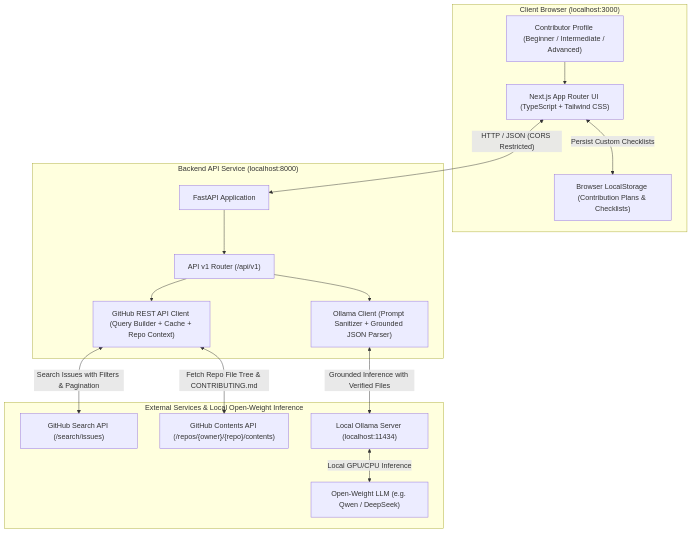
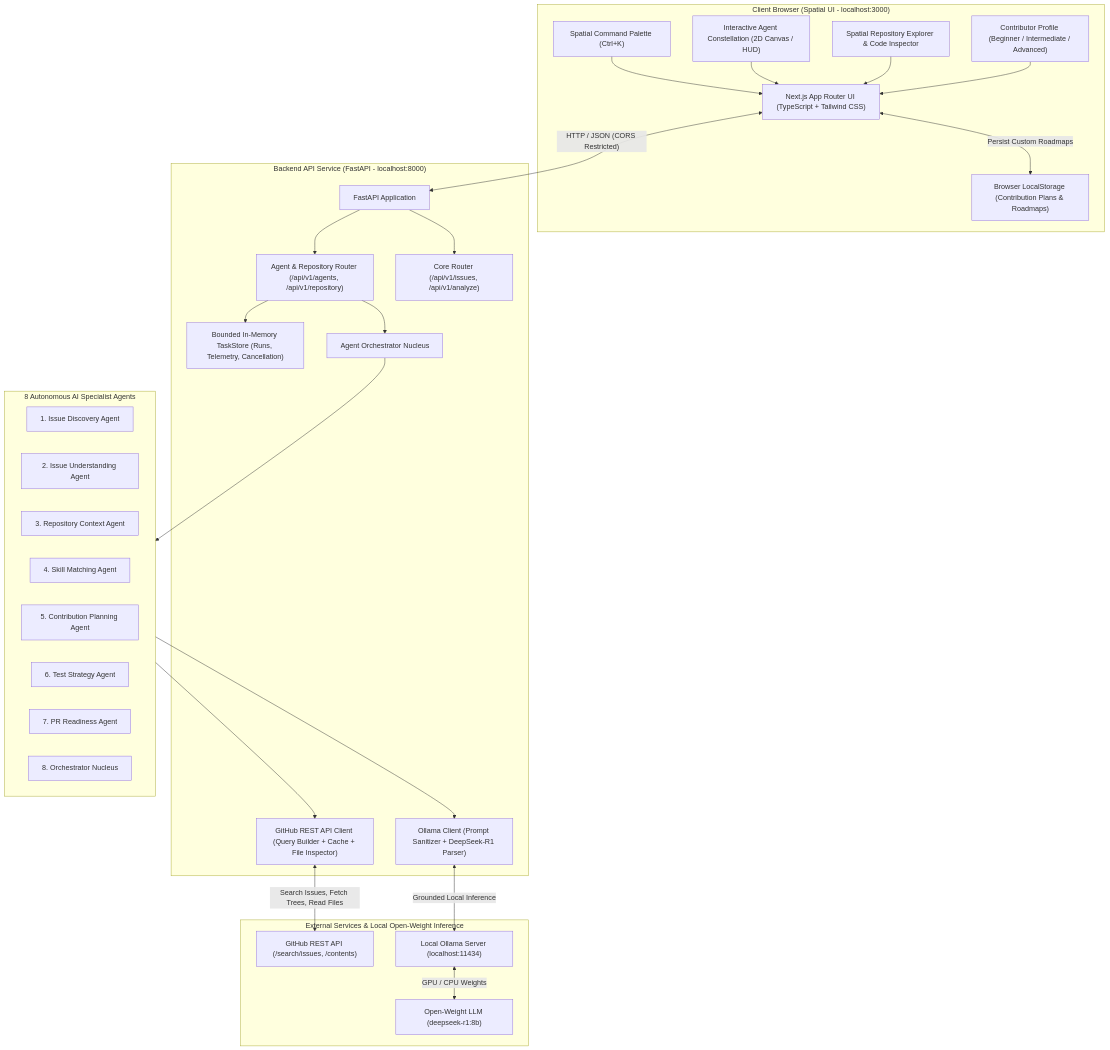
One commit to swapnil1222589/OpenSourceNavigatorAI changed the diagram in docs/architecture.md. Above: the diagram before and after it, drawn with Mermaid. The commit also changed other lines of this file and 31 other files, not shown here.

Commit message:
feat: spatial UI workspace, 8-agent constellation, and repo explorer

````diff
--- a/docs/architecture.md
+++ b/docs/architecture.md
@@ -9,33 +9,55 @@
 ```mermaid
 flowchart TD
-    subgraph Client ["Client Browser (localhost:3000)"]
+    subgraph Client ["Client Browser (Spatial UI - localhost:3000)"]
         UI["Next.js App Router UI (TypeScript + Tailwind CSS)"]
-        LocalStorage["Browser LocalStorage (Contribution Plans & Checklists)"]
+        Constellation["Interactive Agent Constellation (2D Canvas / HUD)"]
+        RepoExplorer["Spatial Repository Explorer & Code Inspector"]
+        Palette["Spatial Command Palette (Ctrl+K)"]
+        LocalStorage["Browser LocalStorage (Contribution Plans & Roadmaps)"]
         SkillProfile["Contributor Profile (Beginner / Intermediate / Advanced)"]
     end
 
-    subgraph Backend ["Backend API Service (localhost:8000)"]
+    subgraph Backend ["Backend API Service (FastAPI - localhost:8000)"]
         FastAPI["FastAPI Application"]
-        Router["API v1 Router (/api/v1)"]
-        GHClient["GitHub REST API Client (Query Builder + Cache + Repo Context)"]
-        OllamaClient["Ollama Client (Prompt Sanitizer + Grounded JSON Parser)"]
+        AgentRouter["Agent & Repository Router (/api/v1/agents, /api/v1/repository)"]
+        CoreRouter["Core Router (/api/v1/issues, /api/v1/analyze)"]
+        TaskStore["Bounded In-Memory TaskStore (Runs, Telemetry, Cancellation)"]
+        Orchestrator["Agent Orchestrator Nucleus"]
+        GHClient["GitHub REST API Client (Query Builder + Cache + File Inspector)"]
+        OllamaClient["Ollama Client (Prompt Sanitizer + DeepSeek-R1 Parser)"]
+    end
+
+    subgraph Agents ["8 Autonomous AI Specialist Agents"]
+        A1["1. Issue Discovery Agent"]
+        A2["2. Issue Understanding Agent"]
+        A3["3. Repository Context Agent"]
+        A4["4. Skill Matching Agent"]
+        A5["5. Contribution Planning Agent"]
+        A6["6. Test Strategy Agent"]
+        A7["7. PR Readiness Agent"]
+        A8["8. Orchestrator Nucleus"]
     end
 
     subgraph External ["External Services & Local Open-Weight Inference"]
-        GitHubSearch["GitHub Search API (/search/issues)"]
-        GitHubRepo["GitHub Contents API (/repos/{owner}/{repo}/contents)"]
+        GitHubAPI["GitHub REST API (/search/issues, /contents)"]
         Ollama["Local Ollama Server (localhost:11434)"]
-        Model["Open-Weight LLM (e.g. Qwen / DeepSeek)"]
+        Model["Open-Weight LLM (deepseek-r1:8b)"]
     end
 
     UI <-->|"HTTP / JSON (CORS Restricted)"| FastAPI
-    UI <-->|"Persist Custom Checklists"| LocalStorage
+    Palette --> UI
+    Constellation --> UI
+    RepoExplorer --> UI
+    UI <-->|"Persist Custom Roadmaps"| LocalStorage
     SkillProfile --> UI
-    FastAPI --> Router
-    Router --> GHClient
-    Router --> OllamaClient
-    GHClient <-->|"Search Issues with Filters & Pagination"| GitHubSearch
-    GHClient <-->|"Fetch Repo File Tree & CONTRIBUTING.md"| GitHubRepo
-    OllamaClient <-->|"Grounded Inference with Verified Files"| Ollama
-    Ollama <-->|"Local GPU/CPU Inference"| Model
+    FastAPI --> AgentRouter
+    FastAPI --> CoreRouter
+    AgentRouter --> Orchestrator
+    AgentRouter --> TaskStore
+    Orchestrator --> Agents
+    Agents --> GHClient
+    Agents --> OllamaClient
+    GHClient <-->|"Search Issues, Fetch Trees, Read Files"| GitHubAPI
+    OllamaClient <-->|"Grounded Local Inference"| Ollama
+    Ollama <-->|"GPU / CPU Weights"| Model
 ```
````
